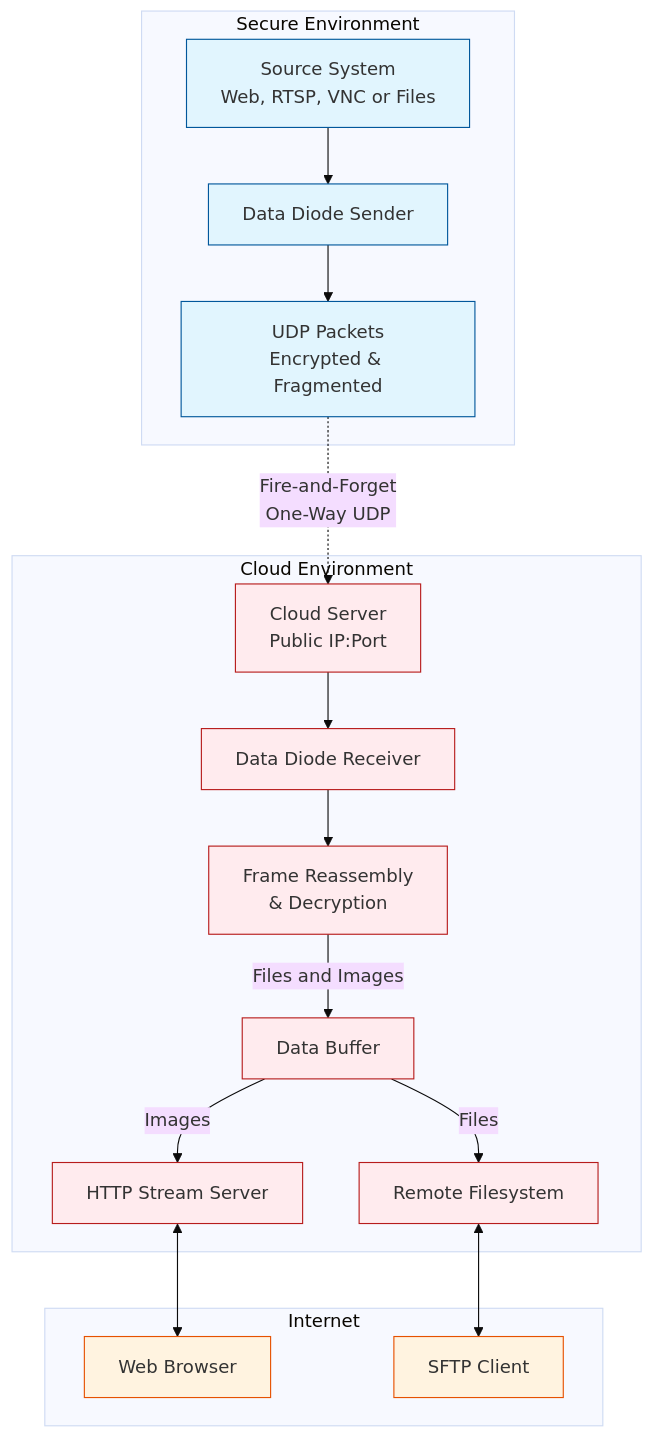
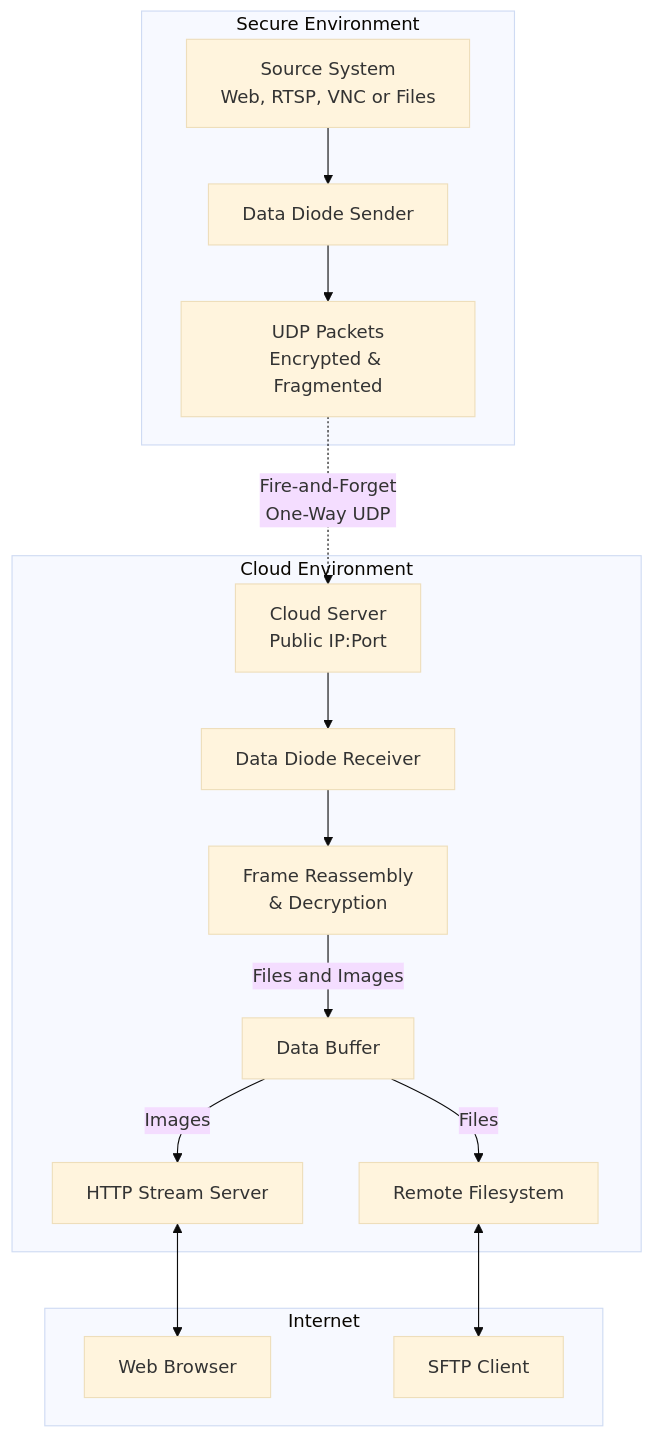
Before and after one commit to bmtwl/SoftDataDiode: the diagram in README.md, drawn with Mermaid (base theme). The commit also changed other lines of this file, not shown here.

Commit message:
Update README.md
Dark mode fixes

````diff
--- a/README.md
+++ b/README.md
@@ -24,32 +25,25 @@
 ```mermaid
 graph TD
     subgraph "Secure Environment"
         SOURCE[Source System<BR>Web, RTSP, VNC or Files] --> SENDER[Data Diode Sender]
         SENDER --> SENDERPROCESSING[UDP Packets<br/>Encrypted & Fragmented]
     end
     
     SENDERPROCESSING -.->|Fire-and-Forget<br/>One-Way UDP| CLOUDIP[Cloud Server<br/>Public IP:Port]
     
     subgraph "Cloud Environment"
         CLOUDIP --> RECEIVER[Data Diode Receiver]
         RECEIVER --> RECEIVERPROCESSING[Frame Reassembly<br/>& Decryption]
         RECEIVERPROCESSING -->|Files and Images| BUFFER[Data Buffer]
         BUFFER -->|Images| HTTPSERVER[HTTP Stream Server]
         BUFFER -->|Files| FILESYSTEM[Remote Filesystem]
     end
 
     subgraph "Internet"
         HTTPSERVER <--> WEBBROWSER[Web Browser]
         FILESYSTEM <--> FILECLIENT[SFTP Client]
-    end
-
-    
-    
-    classDef secure fill:#e1f5fe,stroke:#01579b;
-    classDef cloud fill:#ffebee,stroke:#b71c1c;
-    classDef client fill:#fff3e0,stroke:#e65100;
-    
+    end    
     class SOURCE,SENDER,SENDERPROCESSING secure
     class CLOUDIP,RECEIVER,RECEIVERPROCESSING,BUFFER,HTTPSERVER,FILESYSTEM cloud
     class WEBBROWSER,FILECLIENT client
 ```
````
